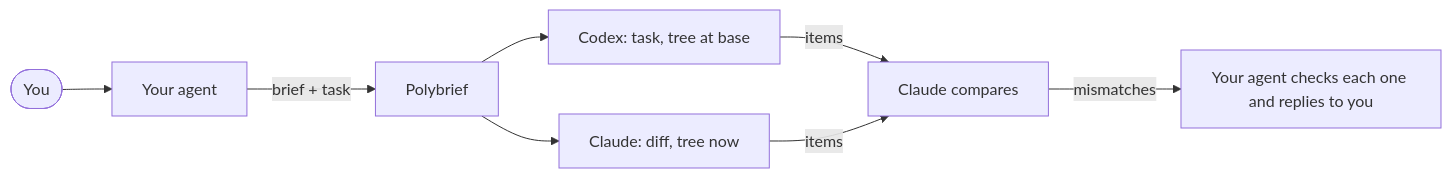
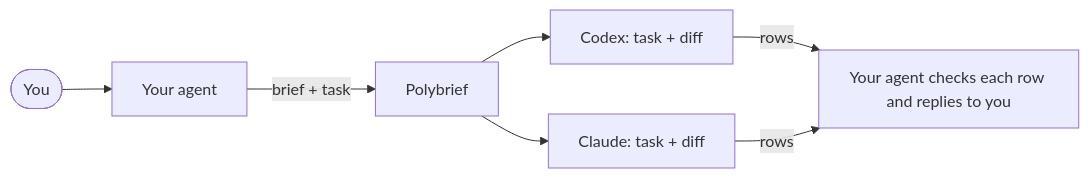
One commit to ivklgn/polybrief changed the fifth of 5 diagrams in README.md. Above: the diagram before and after it, drawn with Mermaid. The commit also changed other lines of this file and 8 other files, not shown here.

First line of the commit message:
feat!: make intent a one-stage task-against-change pattern

````diff
--- a/README.md
+++ b/README.md
@@ -139,9 +140,8 @@
 ```mermaid
 flowchart LR
   U([You]) --> H[Your agent]
   H -- brief + task --> P[Polybrief]
-  P --> X[Codex: task, tree at base] & C[Claude: diff, tree now]
-  X -- items --> J1[Claude compares]
-  C -- items --> J1
-  J1 -- mismatches --> J[Your agent checks each one and replies to you]
+  P --> X[Codex: task + diff] & C[Claude: task + diff]
+  X -- rows --> J[Your agent checks each row and replies to you]
+  C -- rows --> J
 ```
````
